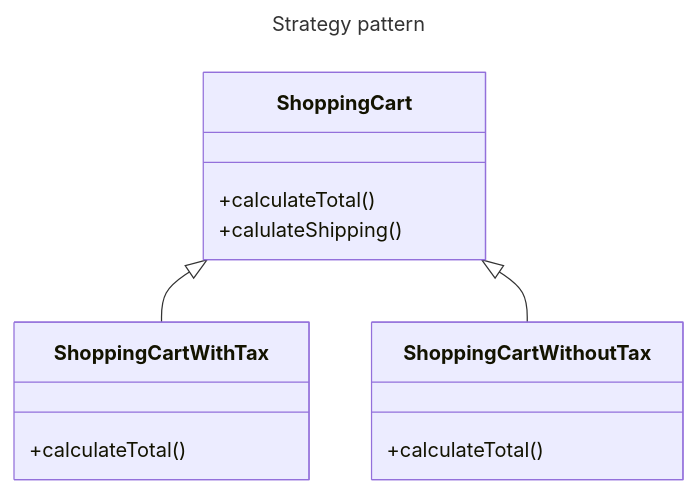
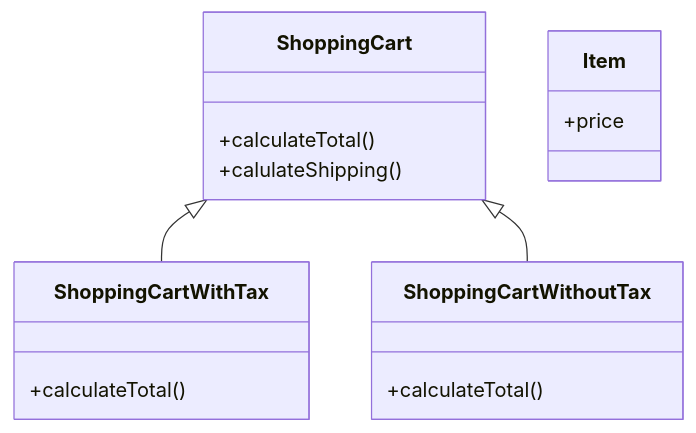
Before and after one commit to mannuelf/mannuelferreira.com_nextjs: the diagram in content/posts/design-patterns-strategy-pattern.mdx, drawn with Mermaid. The commit also changed other lines of this file, not shown here.

Commit message:
update strategy pattern

````diff
--- a/content/posts/design-patterns-strategy-pattern.mdx
+++ b/content/posts/design-patterns-strategy-pattern.mdx
@@ -31,22 +33,22 @@
 ```mermaid
----
-title: Strategy pattern
----
-
 classDiagram
     class ShoppingCart {
         +calculateTotal()
         +calulateShipping()
     }
 
     class ShoppingCartWithTax {
         +calculateTotal()
     }
 
     class ShoppingCartWithoutTax {
         +calculateTotal()
     }
 
     ShoppingCart <|-- ShoppingCartWithTax
     ShoppingCart <|-- ShoppingCartWithoutTax
+
+class Item {
+    +price
+}
 ```
````
